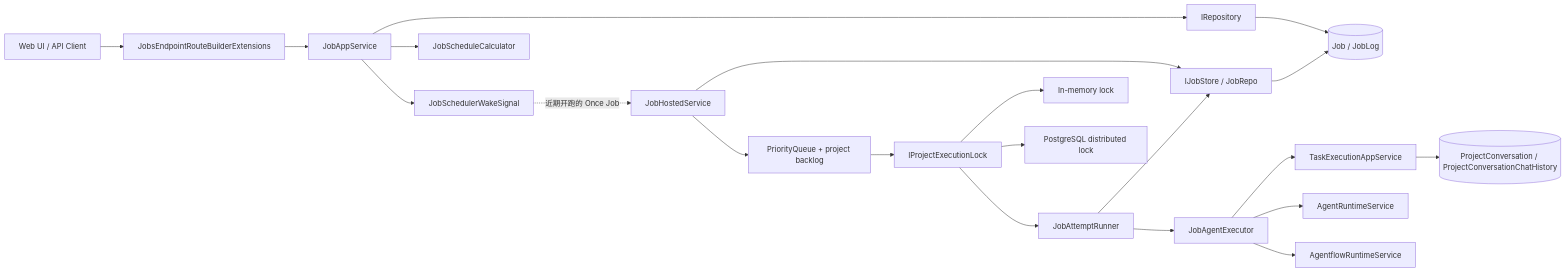
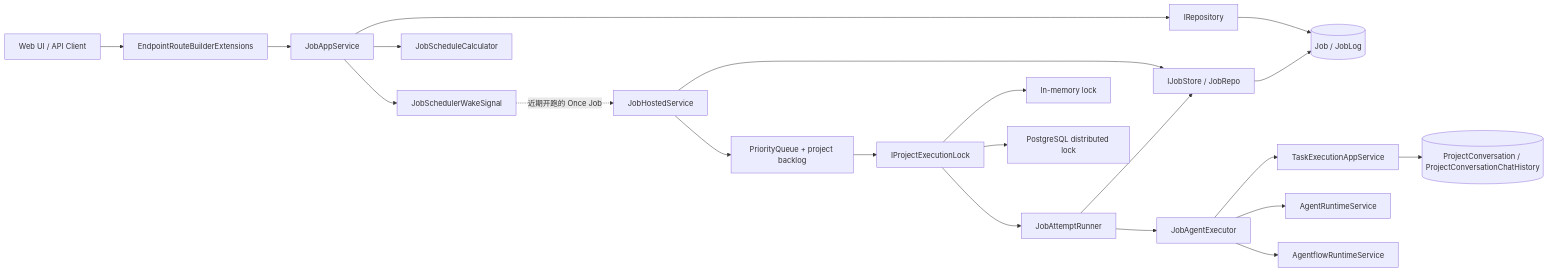
One commit to zxyao145/agw changed the first of 2 diagrams in src/server/Agw.Jobs/README.zh-CN.md. Above: the diagram before and after it, drawn with Mermaid. The commit also changed other lines of this file and 68 other files, not shown here.

````diff
--- a/src/server/Agw.Jobs/README.zh-CN.md
+++ b/src/server/Agw.Jobs/README.zh-CN.md
@@ -36,25 +36,25 @@
 ```mermaid
 flowchart LR
-    Client["Web UI / API Client"] --> Endpoints["JobsEndpointRouteBuilderExtensions"]
+    Client["Web UI / API Client"] --> Endpoints["EndpointRouteBuilderExtensions"]
     Endpoints --> AppService["JobAppService"]
     AppService --> Repository["IRepository<Job>"]
     AppService --> Calculator["JobScheduleCalculator"]
     AppService --> WakeSignal["JobSchedulerWakeSignal"]
 
     Repository --> Database[("Job / JobLog")]
     WakeSignal -.->|近期开跑的 Once Job| Scheduler["JobHostedService"]
     Scheduler --> Store["IJobStore / JobRepo"]
     Store --> Database
     Scheduler --> Queue["PriorityQueue + project backlog"]
     Queue --> Lock["IProjectExecutionLock"]
     Lock --> InMemoryLock["In-memory lock"]
     Lock --> PostgresLock["PostgreSQL distributed lock"]
 
     Lock --> Runner["JobAttemptRunner"]
     Runner --> Store
     Runner --> Executor["JobAgentExecutor"]
     Executor --> Projects["TaskExecutionAppService"]
     Executor --> AgentRuntime["AgentRuntimeService"]
     Executor --> FlowRuntime["AgentflowRuntimeService"]
     Projects --> TaskData[("ProjectConversation / ProjectConversationChatHistory")]
 ```
````
